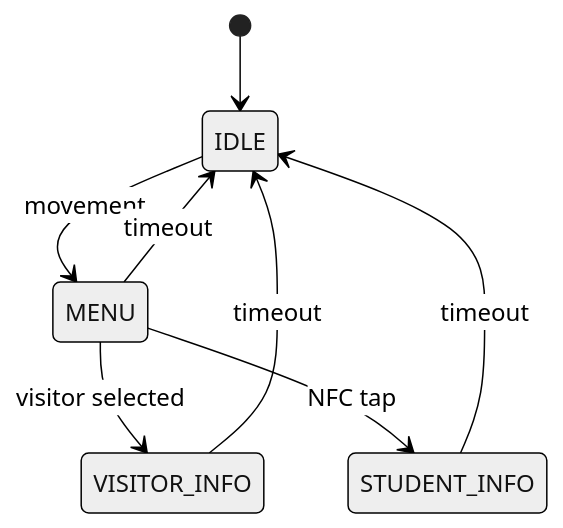
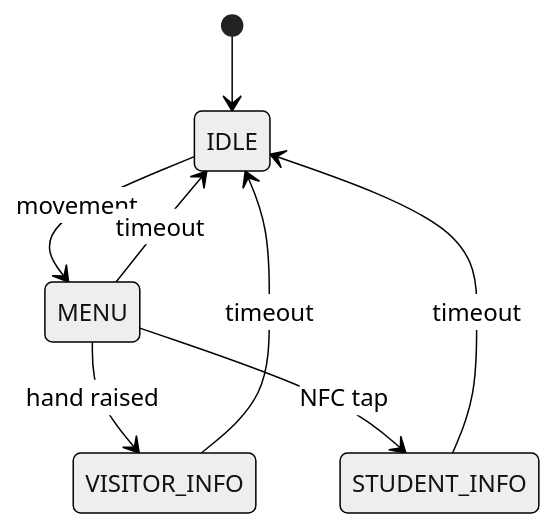
The second of 2 diagrams in player/README.md (fergouchyahya/IDS), drawn with Mermaid (neutral theme) before and after one commit. The commit also changed 10 other files, not shown here.

````diff
--- a/player/README.md
+++ b/player/README.md
@@ -38,10 +38,10 @@
 ```mermaid
 stateDiagram-v2
     [*] --> IDLE
     IDLE --> MENU : movement
-    MENU --> VISITOR_INFO : visitor selected
+    MENU --> VISITOR_INFO : hand raised
     MENU --> STUDENT_INFO : NFC tap
     MENU --> IDLE : timeout
     VISITOR_INFO --> IDLE : timeout
     STUDENT_INFO --> IDLE : timeout
 ```
````
